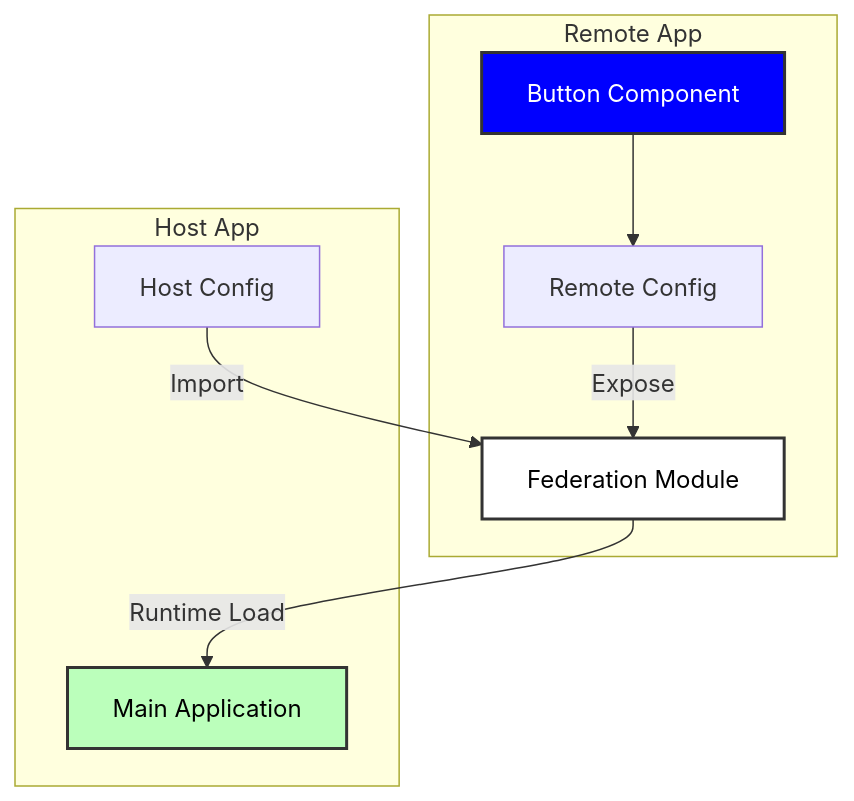
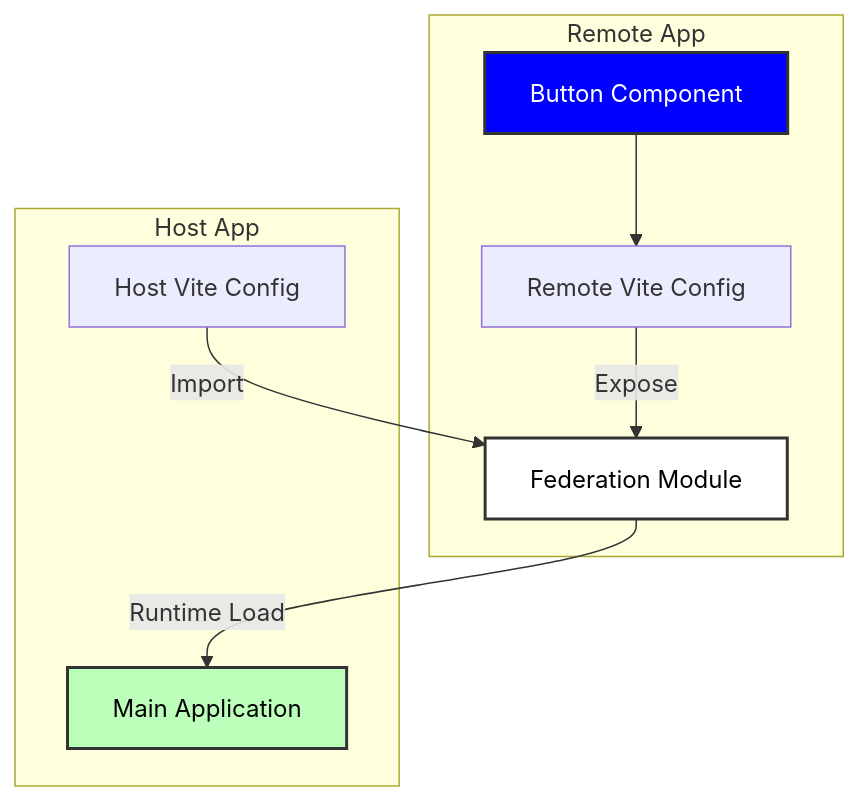
One commit to dgtlmonk/react-module-federation changed the diagram in README.md. Above: the diagram before and after it, drawn with Mermaid.

````diff
--- a/README.md
+++ b/README.md
@@ -33,20 +33,20 @@
 ```mermaid
 graph TD
     subgraph "Remote App"
         B[Button Component]
-        RC[Remote Config]
+        RC[Remote Vite Config]
         B --> RC
         RC -->|Expose| RF[Federation Module]
     end
 
     subgraph "Host App"
-        HC[Host Config]
+        HC[Host Vite Config]
         APP[Main Application]
         HC -->|Import| RF
         RF -->|Runtime Load| APP
     end
 
     style B fill:#0000FF,stroke:#333,stroke-width:2px,color:#fff
     style RF fill:#fff,stroke:#333,stroke-width:2px,color:#000
     style APP fill:#bfb,stroke:#333,stroke-width:2px,color:#000
 ```
````
